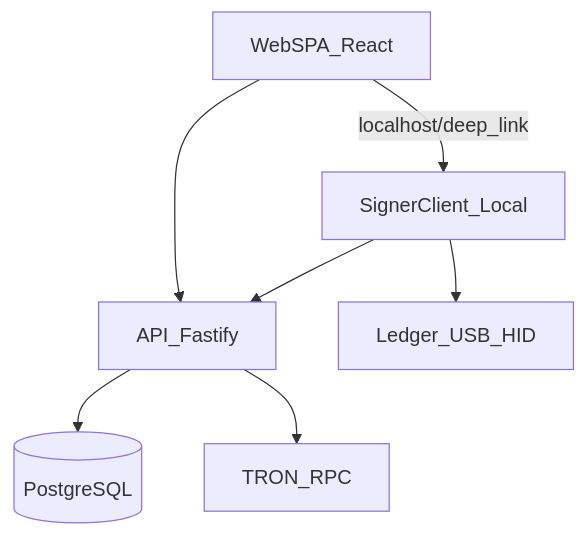
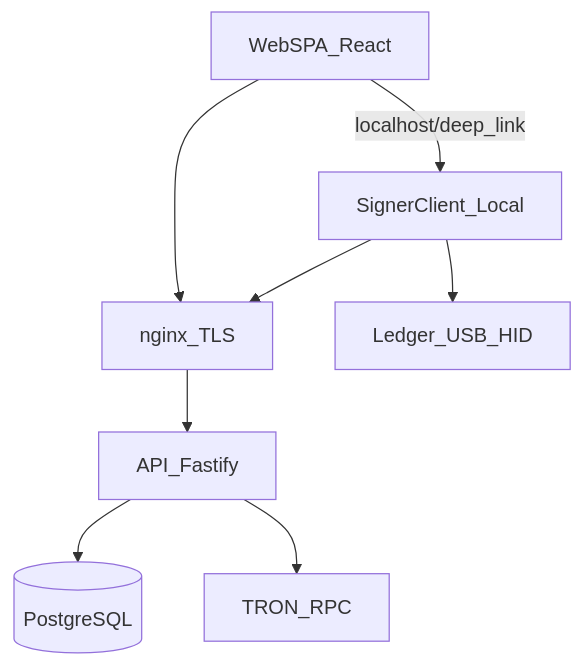
Before and after one commit to DiSH/tron-payments: the diagram in .cursor/rules/architecture-c4.mdc, drawn with Mermaid. The commit also changed other lines of this file and 11 other files, not shown here.

````diff
--- a/.cursor/rules/architecture-c4.mdc
+++ b/.cursor/rules/architecture-c4.mdc
@@ -24,9 +24,10 @@
 ```mermaid
 flowchart TB
-  WEB[WebSPA_React] --> API[API_Fastify]
-  SIGN[SignerClient_Local] --> API
+  WEB[WebSPA_React] --> NGINX[nginx_TLS]
+  NGINX --> API[API_Fastify]
+  SIGN[SignerClient_Local] --> NGINX
   SIGN --> LED[Ledger_USB_HID]
   WEB -->|localhost/deep_link| SIGN
   API --> PG[(PostgreSQL)]
   API --> TRON[TRON_RPC]
 ```
````
